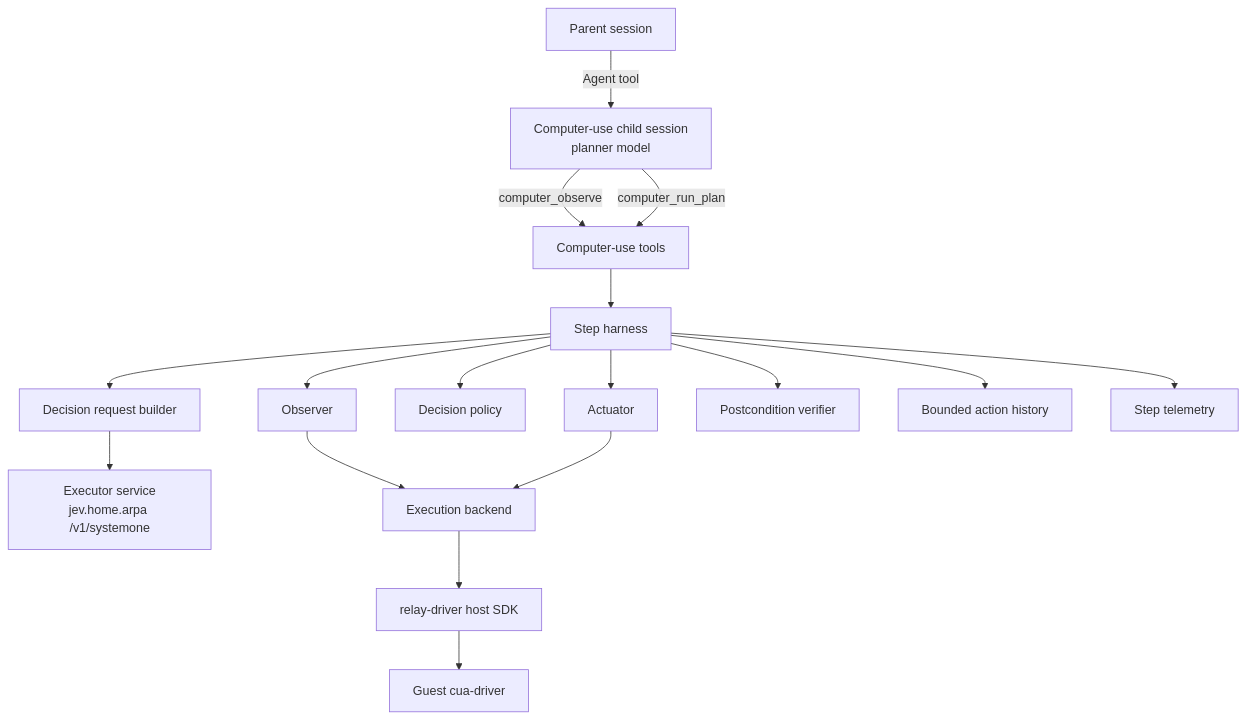
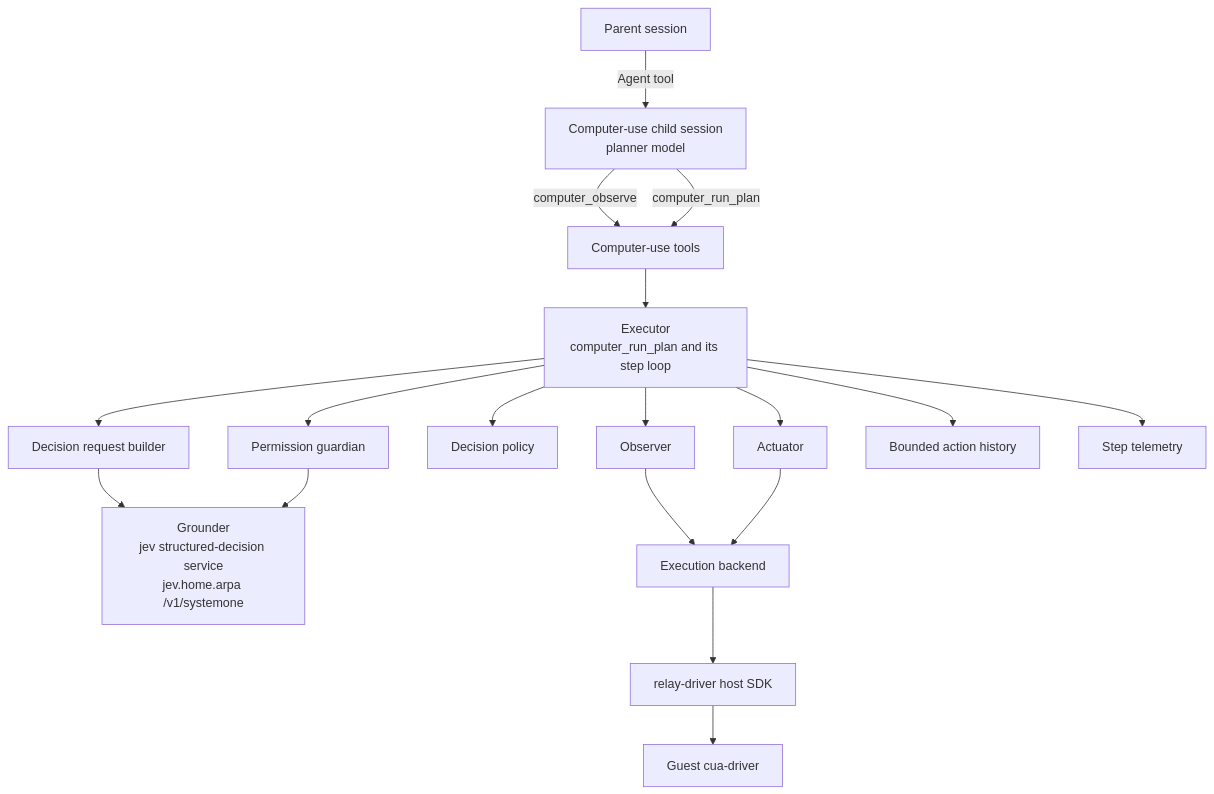
One commit to WeZZard/pi-secretary changed the first of 3 diagrams in docs/arch/computer-use.md. Above: the diagram before and after it, drawn with Mermaid. The commit also changed other lines of this file and 86 other files, not shown here.

````diff
--- a/docs/arch/computer-use.md
+++ b/docs/arch/computer-use.md
@@ -119,19 +120,20 @@
 ```mermaid
 flowchart TB
     Parent[Parent session] -->|Agent tool| Child[Computer-use child session<br/>planner model]
     Child -->|computer_observe| Tools[Computer-use tools]
     Child -->|computer_run_plan| Tools
-    Tools --> Harness[Step harness]
-    Harness --> Observer[Observer]
-    Harness --> Builder[Decision request builder]
-    Harness --> Policy[Decision policy]
-    Harness --> Actuator[Actuator]
-    Harness --> Verifier[Postcondition verifier]
-    Harness --> Memory[Bounded action history]
-    Harness --> Telemetry[Step telemetry]
-    Builder --> Executor[Executor service<br/>jev.home.arpa /v1/systemone]
+    Tools --> Executor[Executor<br/>computer_run_plan and its step loop]
+    Executor --> Observer[Observer]
+    Executor --> Builder[Decision request builder]
+    Executor --> Policy[Decision policy]
+    Executor --> Guardian[Permission guardian]
+    Executor --> Actuator[Actuator]
+    Executor --> Memory[Bounded action history]
+    Executor --> Telemetry[Step telemetry]
+    Builder --> Grounder[Grounder<br/>jev structured-decision service<br/>jev.home.arpa /v1/systemone]
+    Guardian --> Grounder
     Observer --> Backend[Execution backend]
     Actuator --> Backend
     Backend --> Relay[relay-driver host SDK]
     Relay --> Guest[Guest cua-driver]
 ```
````
